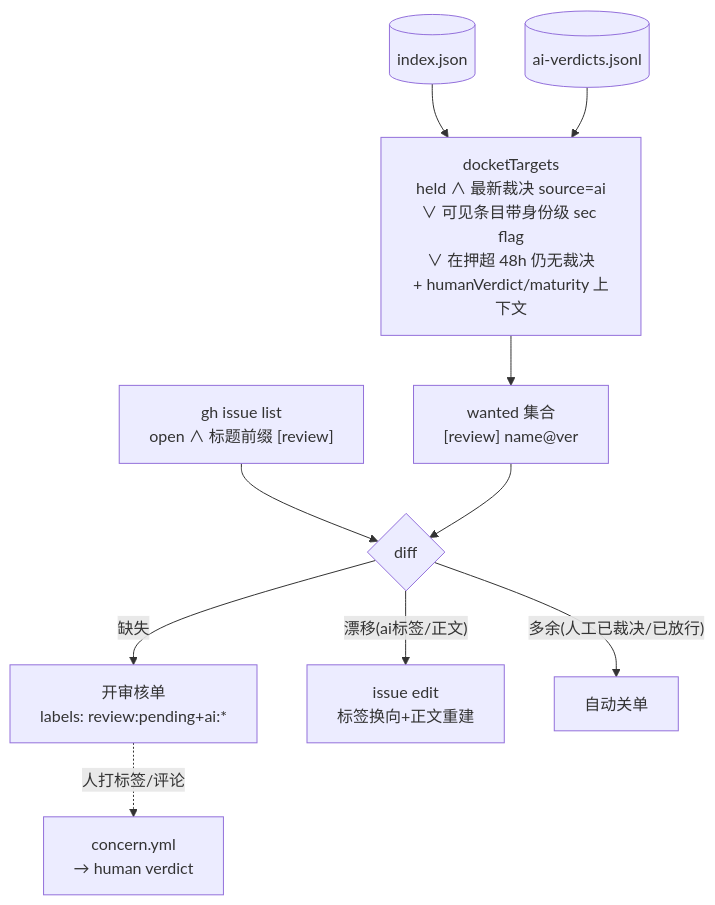
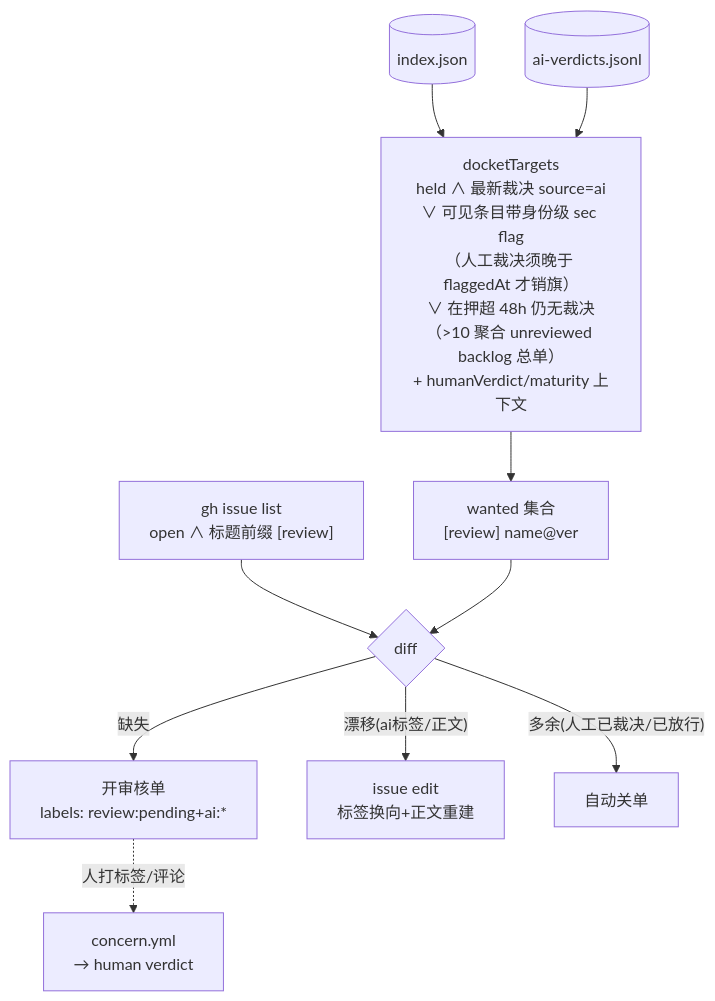
One commit to awesome-market/awesome-opencode-market changed the ninth of 11 diagrams in docs/DATA-FLOWS.md. Above: the diagram before and after it, drawn with Mermaid. The commit also changed other lines of this file and 10 other files, not shown here.

Commit message:
fix(docket): audit batch — flaggedAt flag clock, none aggregate, maturity honesty, workflow hardening

````diff
--- a/docs/DATA-FLOWS.md
+++ b/docs/DATA-FLOWS.md
@@ -943,12 +943,12 @@
 ```mermaid
 flowchart TB
-  IDX[("index.json")] --> DT["docketTargets<br/>held ∧ 最新裁决 source=ai<br/>∨ 可见条目带身份级 sec flag<br/>∨ 在押超 48h 仍无裁决<br/>+ humanVerdict/maturity 上下文"]
+  IDX[("index.json")] --> DT["docketTargets<br/>held ∧ 最新裁决 source=ai<br/>∨ 可见条目带身份级 sec flag<br/>（人工裁决须晚于 flaggedAt 才销旗）<br/>∨ 在押超 48h 仍无裁决<br/>（>10 聚合 unreviewed backlog 总单）<br/>+ humanVerdict/maturity 上下文"]
   VJ[("ai-verdicts.jsonl")] --> DT
   DT --> W["wanted 集合<br/>[review] name@ver"]
   OPEN["gh issue list<br/>open ∧ 标题前缀 [review]"] --> DF{"diff"}
   W --> DF
   DF -->|"缺失"| OPENI["开审核单<br/>labels: review:pending+ai:*"]
   DF -->|"漂移(ai标签/正文)"| EDIT["issue edit<br/>标签换向+正文重建"]
   DF -->|"多余(人工已裁决/已放行)"| CLOSEI["自动关单"]
   OPENI -.->|"人打标签/评论"| CON["concern.yml<br/>→ human verdict"]
 ```
````
